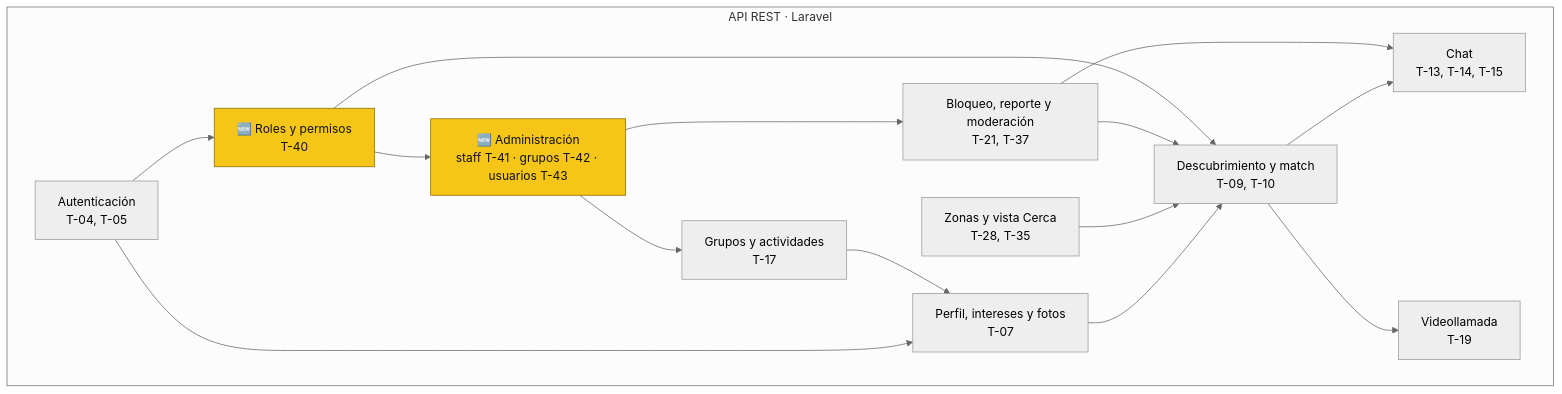
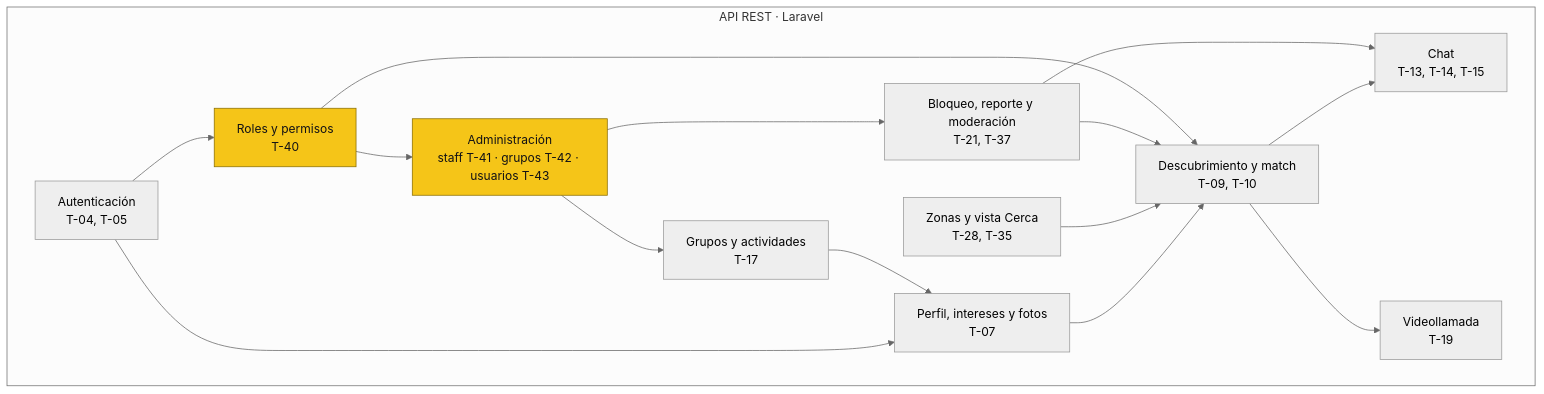
The second of 3 diagrams in docs/diagramas/arquitectura.md (WilbertDevMx/backend-kampus), drawn with Mermaid (neutral theme) before and after one commit. The commit also changed other lines of this file and 1 other file, not shown here.

````diff
--- a/docs/diagramas/arquitectura.md
+++ b/docs/diagramas/arquitectura.md
@@ -74,32 +74,32 @@
 ```mermaid
 flowchart TB
     subgraph API["API REST · Laravel"]
         AUTH["Autenticación<br/>T-04, T-05"]
         PERFIL["Perfil, intereses y fotos<br/>T-07"]
         DESC["Descubrimiento y match<br/>T-09, T-10"]
         CHAT["Chat<br/>T-13, T-14, T-15"]
         GRUPOS["Grupos y actividades<br/>T-17"]
         ZONAS["Zonas y vista Cerca<br/>T-28, T-35"]
         VIDEO["Videollamada<br/>T-19"]
         MOD["Bloqueo, reporte y moderación<br/>T-21, T-37"]
-        ROLES["🆕 Roles y permisos<br/>T-40"]
-        ADMIN["🆕 Administración<br/>staff T-41 · grupos T-42 · usuarios T-43"]
+        ROLES["Roles y permisos<br/>T-40"]
+        ADMIN["Administración<br/>staff T-41 · grupos T-42 · usuarios T-43"]
     end
 
     AUTH --> PERFIL
     PERFIL --> DESC
     DESC --> CHAT
     DESC --> VIDEO
     ZONAS --> DESC
     MOD --> DESC
     MOD --> CHAT
     GRUPOS --> PERFIL
     AUTH --> ROLES
     ROLES --> DESC
     ROLES --> ADMIN
     ADMIN --> GRUPOS
     ADMIN --> MOD
 
     classDef nuevo fill:#F5C518,stroke:#8A6D00,color:#121215
     class ROLES,ADMIN nuevo
 ```
````
